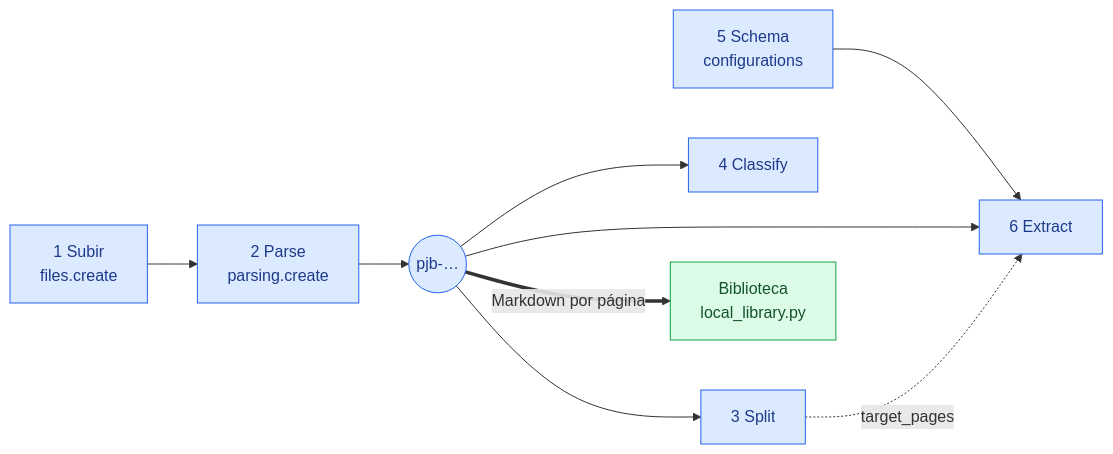
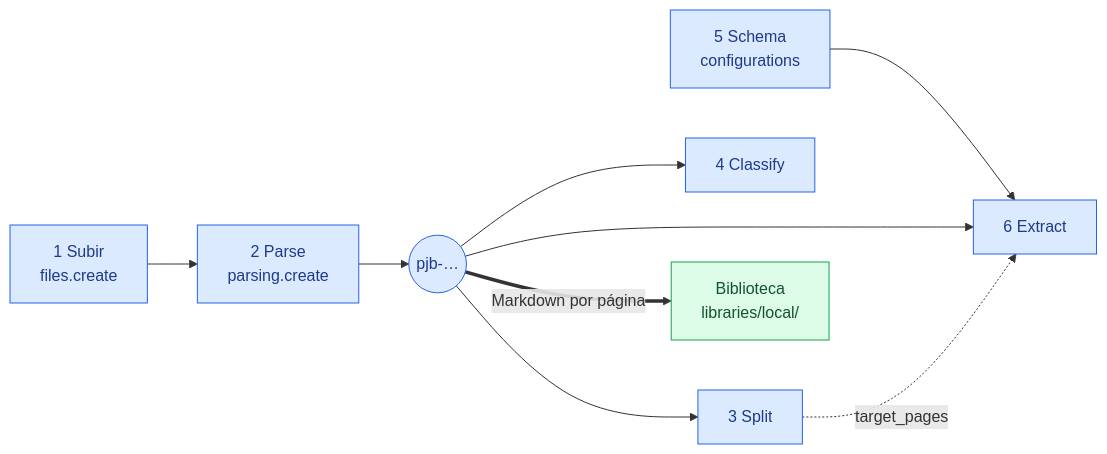
One commit to javi2481/parla-rag changed the diagram in backend/app/pipelines/documents/README.md. Above: the diagram before and after it, drawn with Mermaid. The commit also changed other lines of this file and 6 other files, not shown here.

````diff
--- a/backend/app/pipelines/documents/README.md
+++ b/backend/app/pipelines/documents/README.md
@@ -11,16 +11,16 @@
 ```mermaid
 flowchart LR
     S1["1 Subir<br/>files.create"] --> S2["2 Parse<br/>parsing.create"]
     S2 --> J(("pjb-…"))
     J --> S3["3 Split"]
     J --> S4["4 Classify"]
     S5["5 Schema<br/>configurations"] --> S6["6 Extract"]
     J --> S6
     S3 -.->|"target_pages"| S6
-    J ==>|"Markdown por página"| B["Biblioteca<br/>local_library.py"]
+    J ==>|"Markdown por página"| B["Biblioteca<br/>libraries/local/"]
 
     classDef nube fill:#dbeafe,stroke:#2563eb,color:#1e3a8a
     classDef local fill:#dcfce7,stroke:#16a34a,color:#14532d
     class S1,S2,J,S3,S4,S5,S6 nube
     class B local
 ```
````
